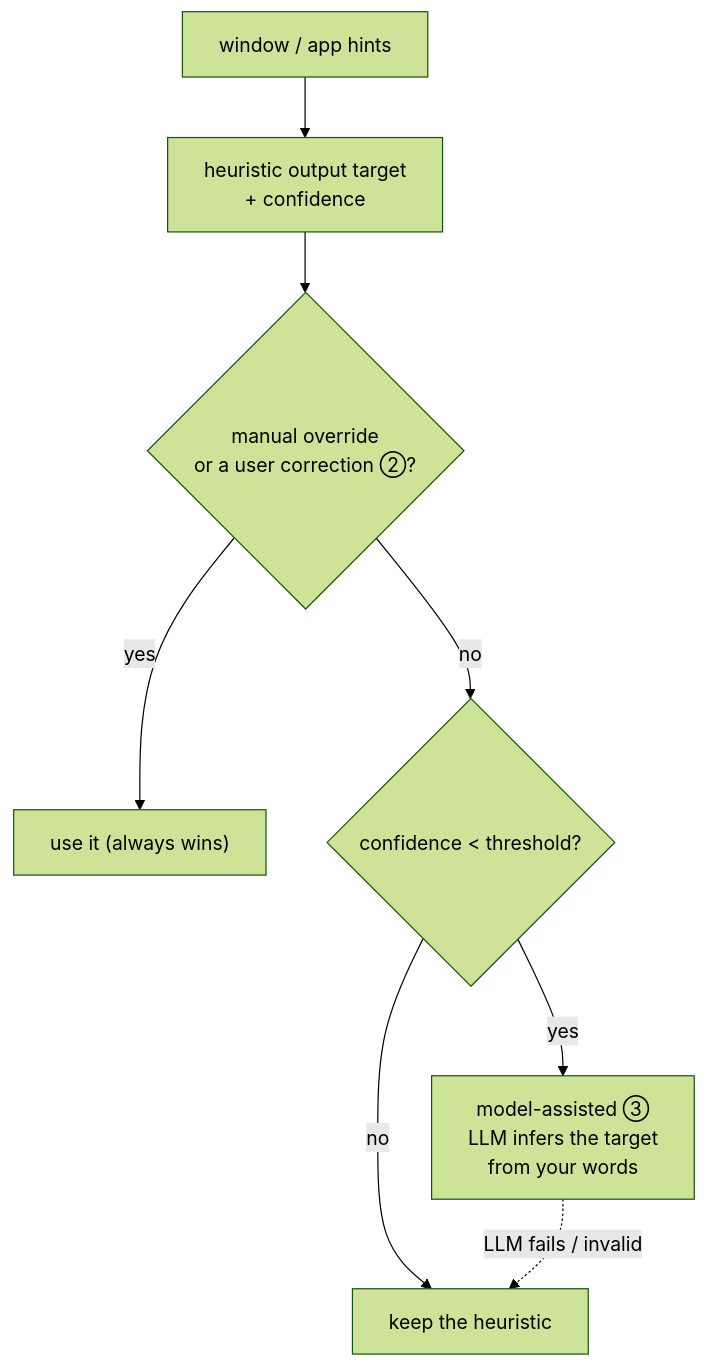
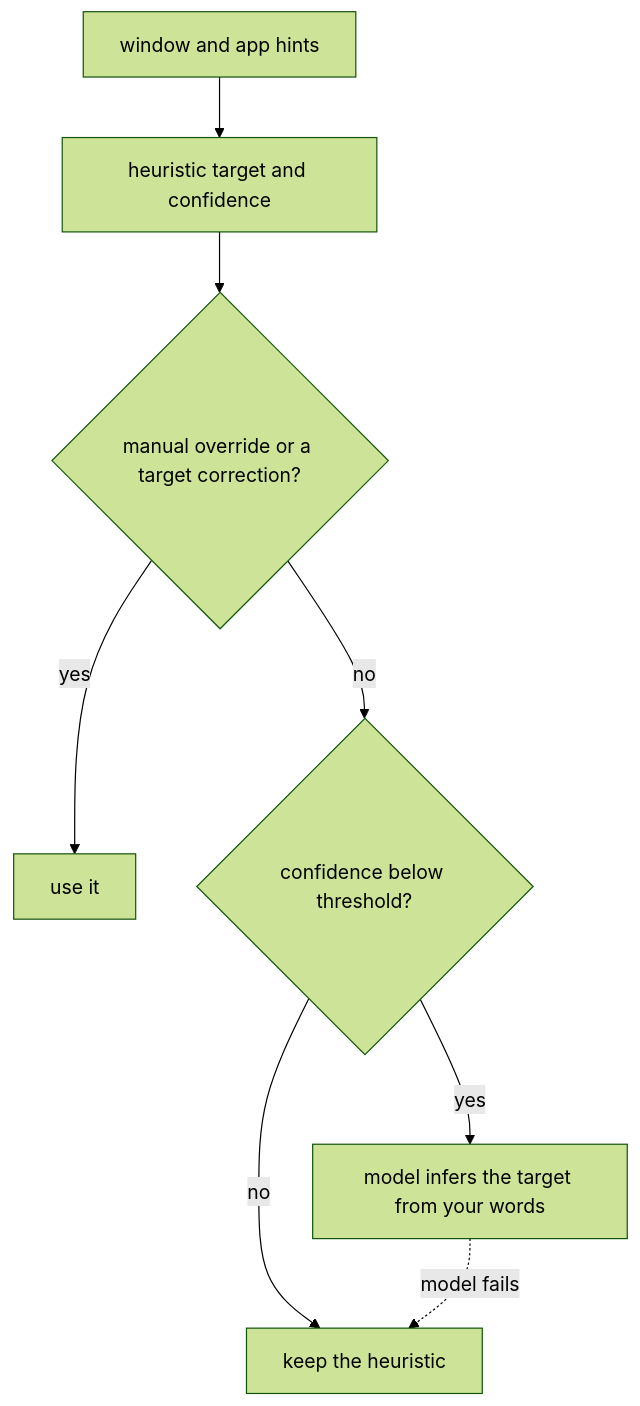
Before and after one commit to karolswdev/HoldSpeak: the second of 2 diagrams in docs/DICTATION_COPILOT.md, drawn with Mermaid (forest theme). The commit also changed other lines of this file and 66 other files, not shown here.

````diff
--- a/docs/DICTATION_COPILOT.md
+++ b/docs/DICTATION_COPILOT.md
@@ -110,10 +76,10 @@
 ```mermaid
 flowchart TD
-    T1["window / app hints"] --> T2["heuristic output target<br/>+ confidence"]
-    T2 --> T3{"manual override<br/>or a user correction ②?"}
-    T3 -- yes --> TW["use it (always wins)"]
-    T3 -- no --> T4{"confidence &lt; threshold?"}
-    T4 -- no --> TH["keep the heuristic"]
-    T4 -- yes --> T5["model-assisted ③<br/>LLM infers the target<br/>from your words"]
-    T5 -.->|"LLM fails / invalid"| TH
+    T1[window and app hints] --> T2[heuristic target and confidence]
+    T2 --> T3{manual override or a target correction?}
+    T3 -->|yes| TW[use it]
+    T3 -->|no| T4{confidence below threshold?}
+    T4 -->|no| TH[keep the heuristic]
+    T4 -->|yes| T5[model infers the target from your words]
+    T5 -.->|model fails| TH
 ```
````
